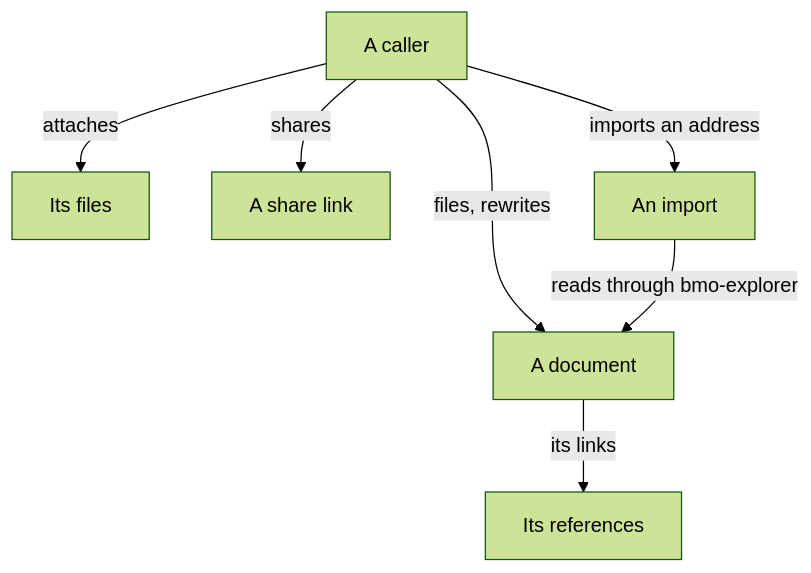
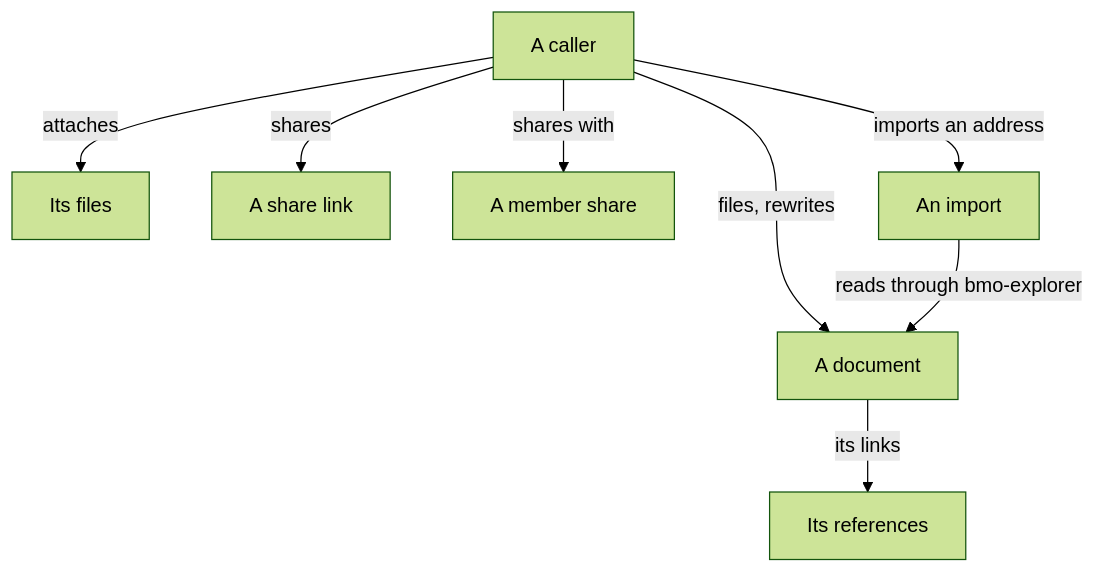
One commit to ahas/bmo-artifact changed the diagram in docs/artifact.md. Above: the diagram before and after it, drawn with Mermaid (forest theme). The commit also changed other lines of this file and 30 other files, not shown here.

````diff
--- a/docs/artifact.md
+++ b/docs/artifact.md
@@ -19,9 +20,10 @@
 ```mermaid
 flowchart TD
   C[A caller] -->|files, rewrites| D[A document]
   C -->|attaches| A[Its files]
   D -->|its links| R[Its references]
   C -->|shares| S[A share link]
+  C -->|shares with| M[A member share]
   C -->|imports an address| I[An import]
   I -->|reads through bmo-explorer| D
 ```
````
